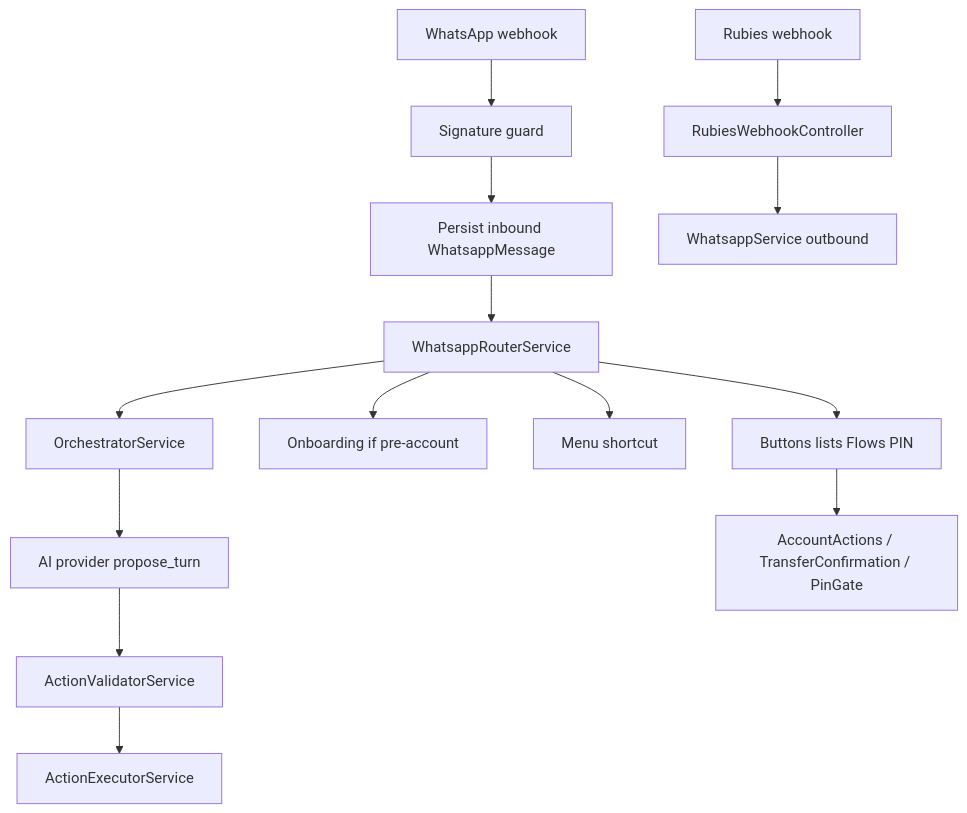
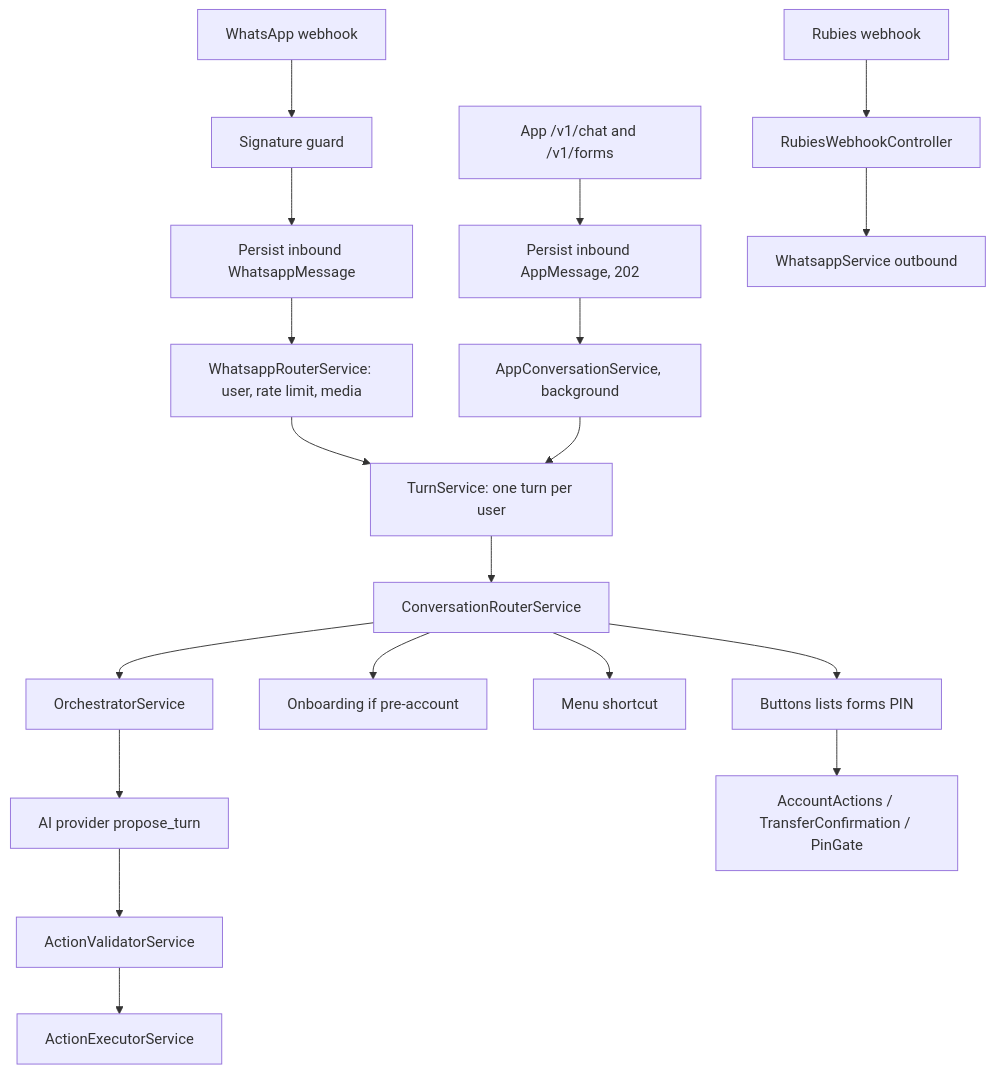
One commit to AmandaOrg/udara changed the diagram in docs/ARCHITECTURE.md. Above: the diagram before and after it, drawn with Mermaid. The commit also changed other lines of this file and 55 other files, not shown here.

First line of the commit message:
Let the app talk to Udara: in-app chat, native KYC and PIN forms

````diff
--- a/docs/ARCHITECTURE.md
+++ b/docs/ARCHITECTURE.md
@@ -50,16 +51,21 @@
 ```mermaid
 flowchart TD
   WA[WhatsApp webhook] --> Sig[Signature guard]
   Sig --> Persist[Persist inbound WhatsappMessage]
-  Persist --> Router[WhatsappRouterService]
-  Router --> Structured[Buttons lists Flows PIN]
+  Persist --> WaRouter[WhatsappRouterService: user, rate limit, media]
+  App[App /v1/chat and /v1/forms] --> AppPersist[Persist inbound AppMessage, 202]
+  AppPersist --> AppSvc[AppConversationService, background]
+  WaRouter --> Turn[TurnService: one turn per user]
+  AppSvc --> Turn
+  Turn --> Router[ConversationRouterService]
+  Router --> Structured[Buttons lists forms PIN]
   Router --> Onboard[Onboarding if pre-account]
   Router --> Menu[Menu shortcut]
   Router --> Orch[OrchestratorService]
   Orch --> LLM[AI provider propose_turn]
   LLM --> Val[ActionValidatorService]
   Val --> Exec[ActionExecutorService]
   Structured --> Account[AccountActions / TransferConfirmation / PinGate]
   RubiesIn[Rubies webhook] --> RubiesCtl[RubiesWebhookController]
   RubiesCtl --> Notify[WhatsappService outbound]
 ```
````
